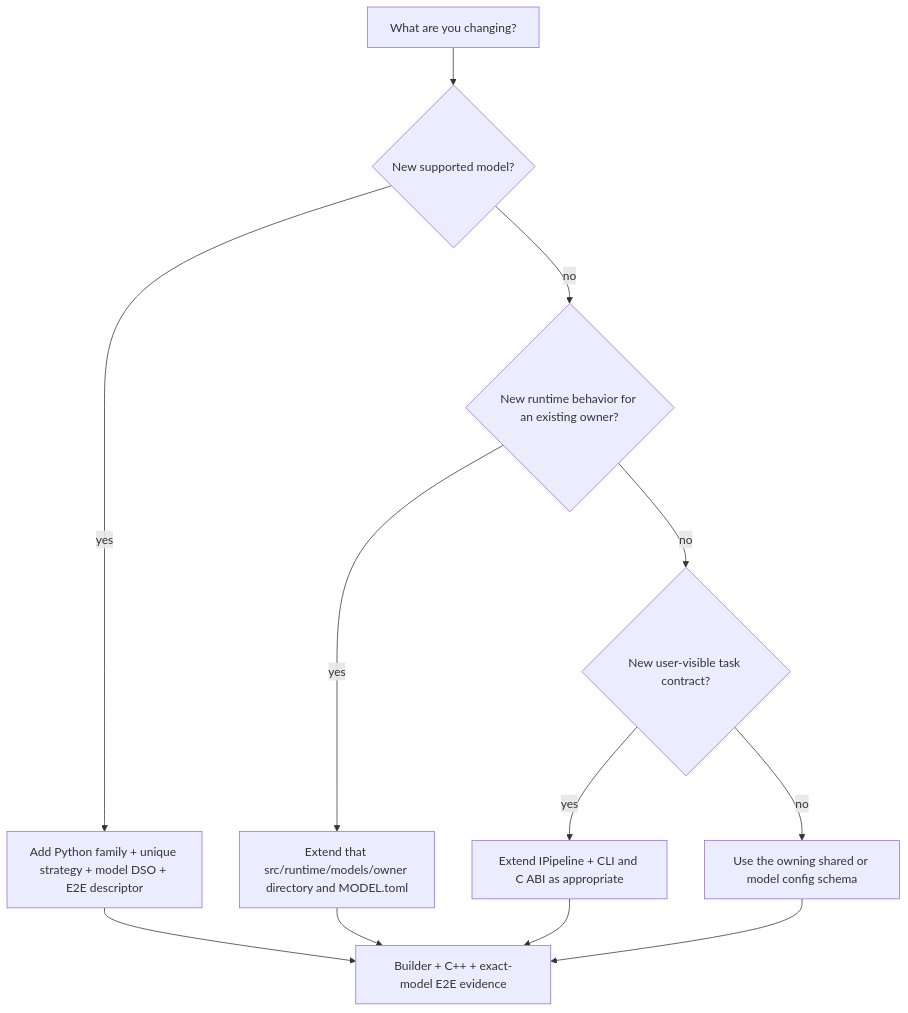
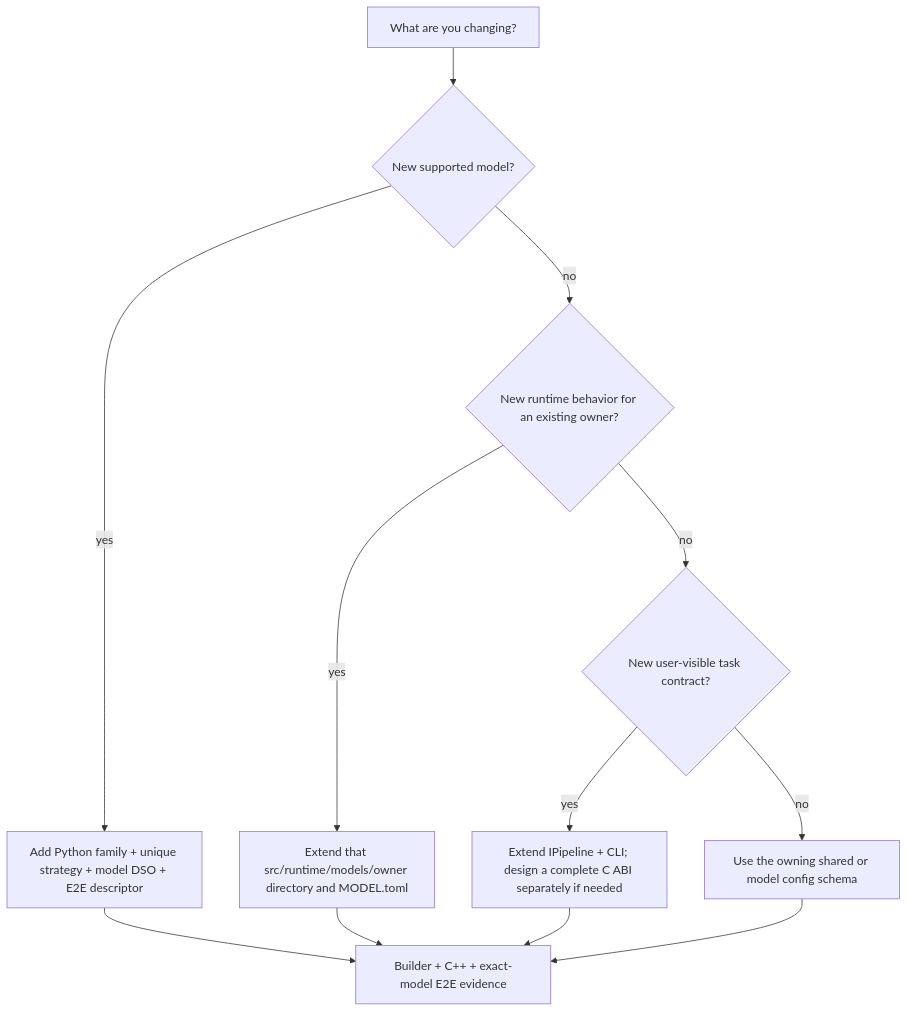
The fourth of 4 diagrams in website/docs/unit-design/building-blocks.md (NVIDIA/TensorRT-Model-Connect), drawn with Mermaid before and after one commit. The commit also changed other lines of this file and 38 other files, not shown here.

````diff
--- a/website/docs/unit-design/building-blocks.md
+++ b/website/docs/unit-design/building-blocks.md
@@ -200,14 +200,14 @@
 ```mermaid
 flowchart TD
   Start["What are you changing?"] --> NewModel{"New supported model?"}
   NewModel -- yes --> Capsule["Add Python family + unique strategy + model DSO + E2E descriptor"]
   NewModel -- no --> Runtime{"New runtime behavior for an existing owner?"}
   Runtime -- yes --> Owner["Extend that src/runtime/models/owner directory and MODEL.toml"]
   Runtime -- no --> Public{"New user-visible task contract?"}
-  Public -- yes --> API["Extend IPipeline + CLI and C ABI as appropriate"]
+  Public -- yes --> API["Extend IPipeline + CLI; design a complete C ABI separately if needed"]
   Public -- no --> Config["Use the owning shared or model config schema"]
   Capsule --> Tests["Builder + C++ + exact-model E2E evidence"]
   Owner --> Tests
   API --> Tests
   Config --> Tests
 ```
````
